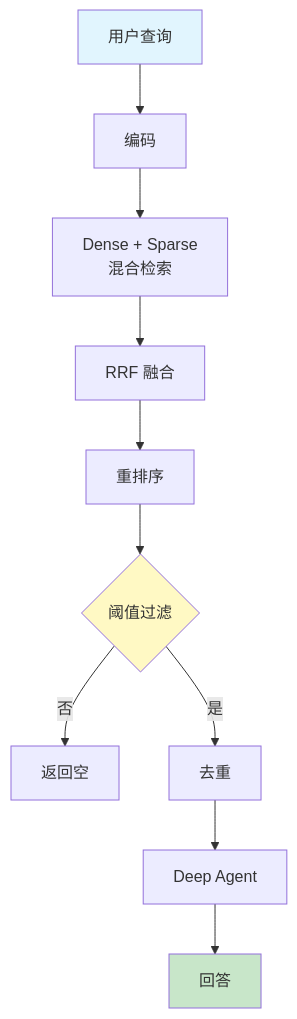
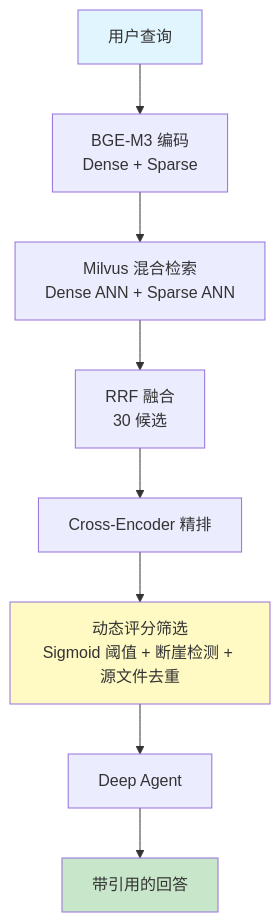
The second of 2 diagrams in README_zh.md (lg114/RagMate), drawn with Mermaid before and after one commit. The commit also changed other lines of this file and 1 other file, not shown here.

````diff
--- a/README_zh.md
+++ b/README_zh.md
@@ -48,16 +48,14 @@
 ```mermaid
 graph TD
-    Q[用户查询] --> E[编码]
-    E --> S[Dense + Sparse\n混合检索]
-    S --> RRF[RRF 融合]
-    RRF --> RC[重排序]
-    RC --> TH{阈值过滤}
-    TH -- 否 --> EMPTY[返回空]
-    TH -- 是 --> DD[去重]
-    DD --> LLM[Deep Agent]
-    LLM --> ANS[回答]
+    Q[用户查询] --> E[BGE-M3 编码\nDense + Sparse]
+    E --> S[Milvus 混合检索\nDense ANN + Sparse ANN]
+    S --> RRF[RRF 融合\n30 候选]
+    RRF --> RC[Cross-Encoder 精排]
+    RC --> DF[动态评分筛选\nSigmoid 阈值 + 断崖检测 + 源文件去重]
+    DF --> LLM[Deep Agent]
+    LLM --> ANS[带引用的回答]
 
     style Q fill:#e1f5fe
     style ANS fill:#c8e6c9
-    style TH fill:#fff9c4
+    style DF fill:#fff9c4
 ```
````
